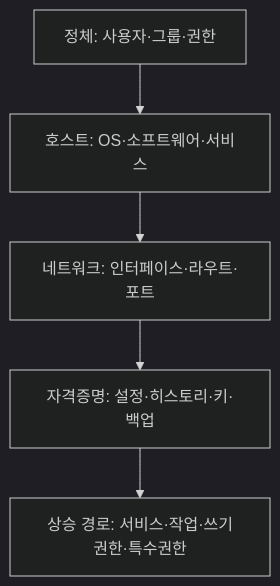
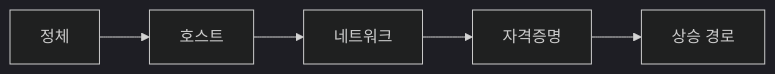
One commit to logiciris/logiciris.github.io changed the second of 3 diagrams in _notes/penetration-testing-operation-flow.md. Above: the diagram before and after it, drawn with Mermaid (dark theme). The commit also changed other lines of this file and 4 other files, not shown here.

First line of the commit message:
notes: drop flowery wording, make step-2 diagram horizontal

````diff
--- a/_notes/penetration-testing-operation-flow.md
+++ b/_notes/penetration-testing-operation-flow.md
@@ -60,9 +60,4 @@
 ```mermaid
-flowchart TB
-  I[정체: 사용자·그룹·권한]
-  H[호스트: OS·소프트웨어·서비스]
-  N[네트워크: 인터페이스·라우트·포트]
-  C[자격증명: 설정·히스토리·키·백업]
-  P[상승 경로: 서비스·작업·쓰기권한·특수권한]
-  I --> H --> N --> C --> P
+flowchart LR
+  I[정체] --> H[호스트] --> N[네트워크] --> C[자격증명] --> P[상승 경로]
 ```
````
